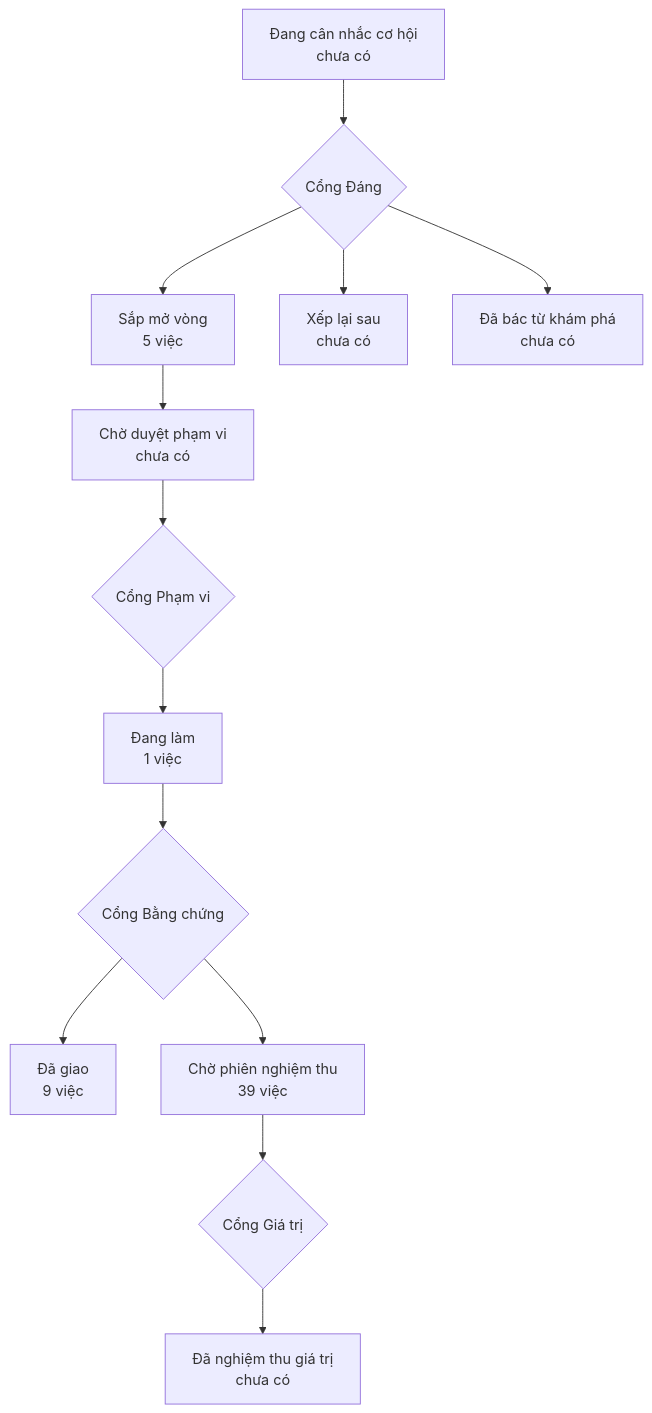
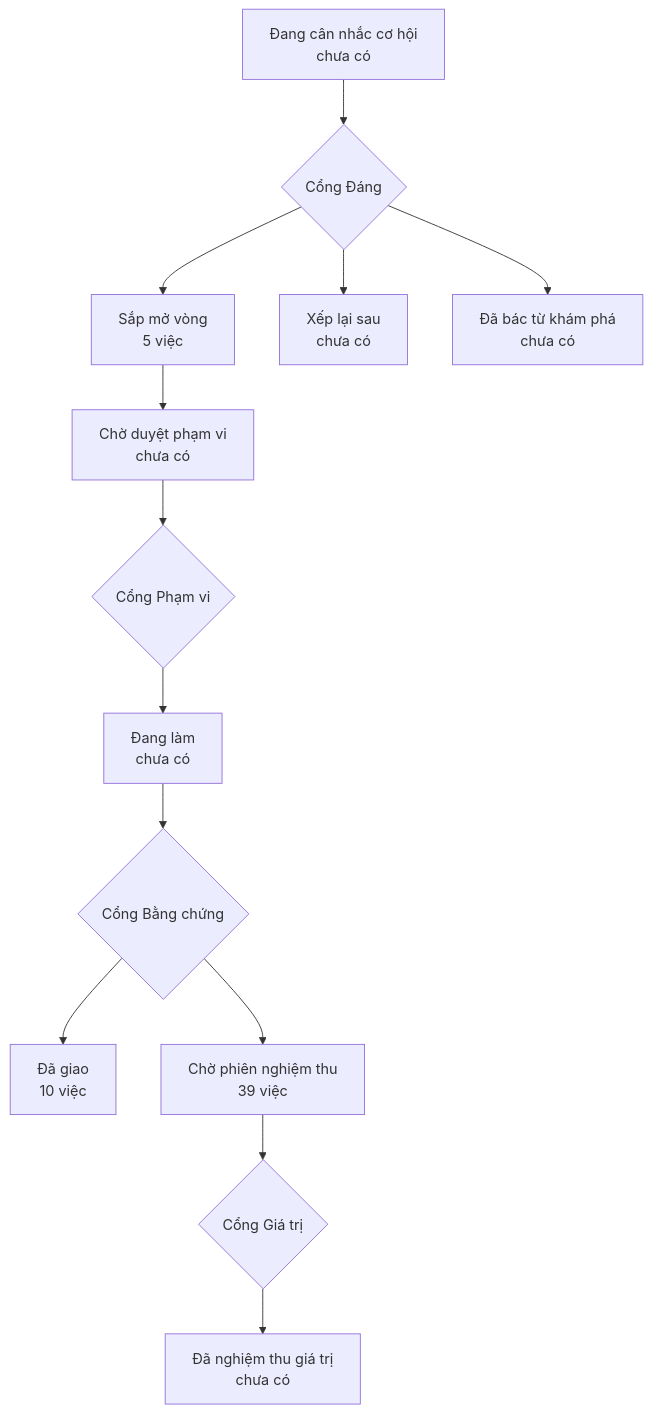
The diagram in PRODUCT-MAP.md (phanlemanh/onehub-quy-hang), drawn with Mermaid before and after one commit. The commit also changed other lines of this file and 12 other files, not shown here.

````diff
--- a/PRODUCT-MAP.md
+++ b/PRODUCT-MAP.md
@@ -7,12 +7,12 @@
 ```mermaid
 flowchart TD
   A["Đang cân nhắc cơ hội<br/>chưa có"] --> GD{"Cổng Đáng"}
   GD --> B["Sắp mở vòng<br/>5 việc"]
   GD --> XL["Xếp lại sau<br/>chưa có"]
   GD --> DB["Đã bác từ khám phá<br/>chưa có"]
   B --> CD["Chờ duyệt phạm vi<br/>chưa có"] --> GP{"Cổng Phạm vi"}
-  GP --> DL["Đang làm<br/>1 việc"] --> GB{"Cổng Bằng chứng"}
-  GB --> DG["Đã giao<br/>9 việc"]
+  GP --> DL["Đang làm<br/>chưa có"] --> GB{"Cổng Bằng chứng"}
+  GB --> DG["Đã giao<br/>10 việc"]
   GB --> CN["Chờ phiên nghiệm thu<br/>39 việc"] --> GG{"Cổng Giá trị"}
   GG --> NT["Đã nghiệm thu giá trị<br/>chưa có"]
 ```
````
